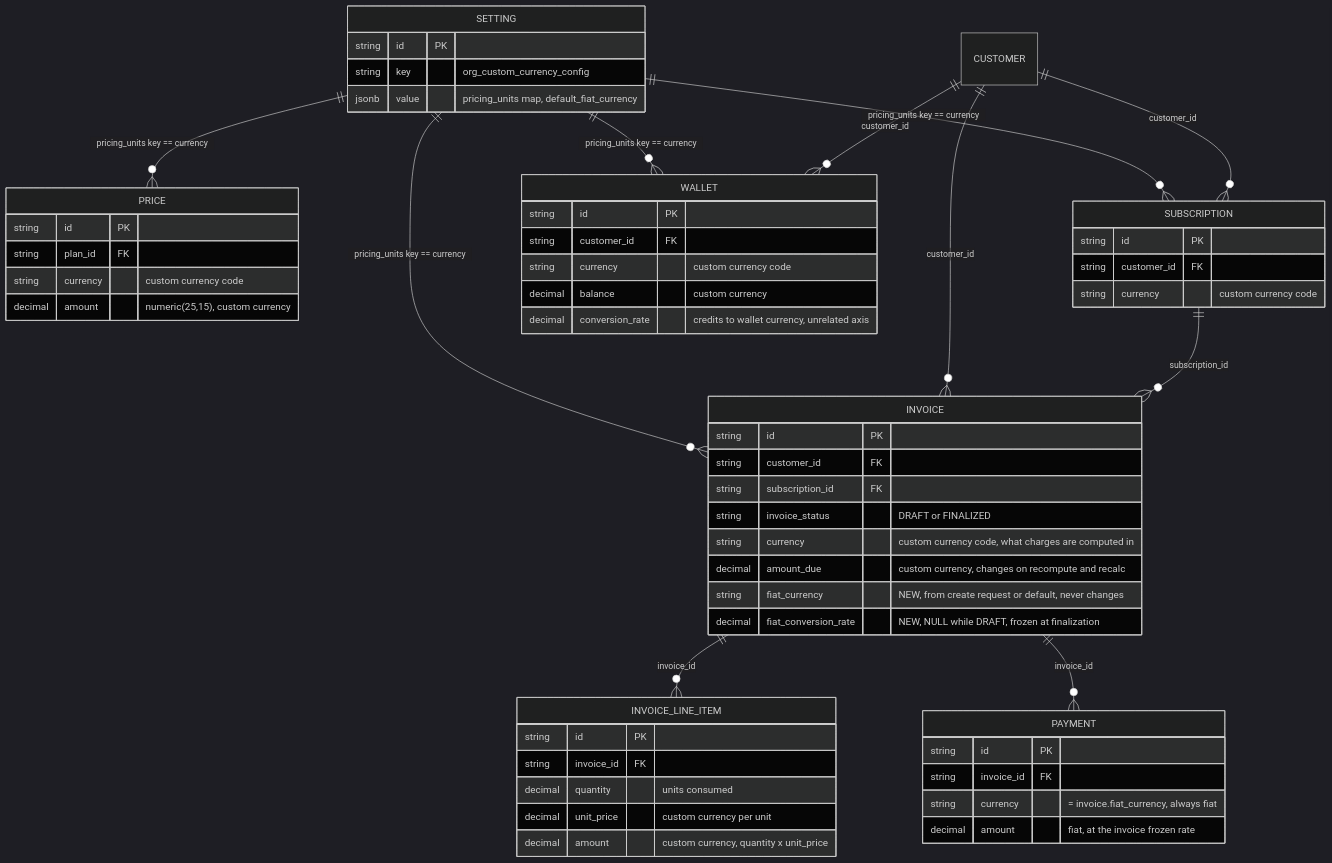
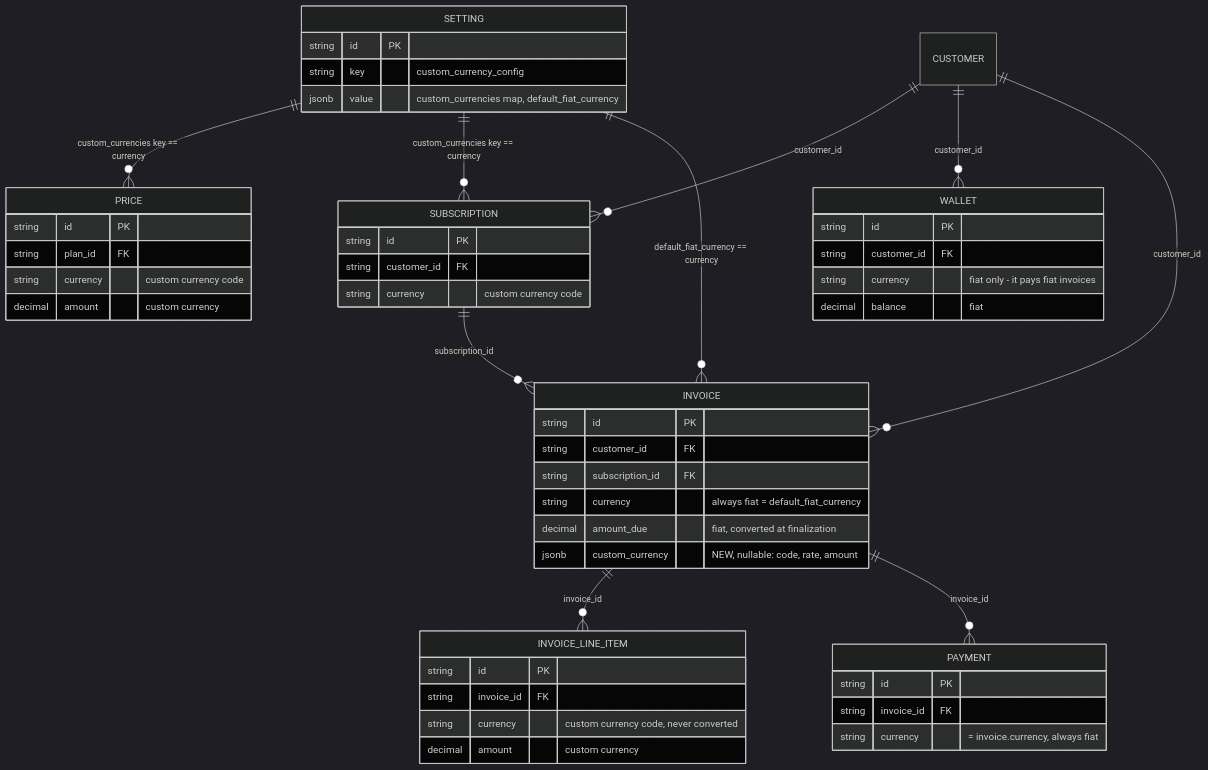
One commit to subratsahilgupta/flexprice changed the first of 3 diagrams in docs/design/2026-08-27-FLE-1201-custom-org-currency.md. Above: the diagram before and after it, drawn with Mermaid (dark theme). The commit also changed other lines of this file and 2 other files, not shown here.

Commit message:
feat(wallet): enforce rejection of custom currencies for wallet creation and update balance calculations to handle custom currency subscriptions

````diff
--- a/docs/design/2026-08-27-FLE-1201-custom-org-currency.md
+++ b/docs/design/2026-08-27-FLE-1201-custom-org-currency.md
@@ -269,60 +269,54 @@
 ```mermaid
 erDiagram
-    SETTING ||--o{ PRICE : "pricing_units key == currency"
-    SETTING ||--o{ SUBSCRIPTION : "pricing_units key == currency"
-    SETTING ||--o{ WALLET : "pricing_units key == currency"
-    SETTING ||--o{ INVOICE : "pricing_units key == currency"
+    SETTING ||--o{ PRICE : "custom_currencies key == currency"
+    SETTING ||--o{ SUBSCRIPTION : "custom_currencies key == currency"
+    SETTING ||--o{ INVOICE : "default_fiat_currency == currency"
     CUSTOMER ||--o{ SUBSCRIPTION : "customer_id"
     CUSTOMER ||--o{ WALLET : "customer_id"
     CUSTOMER ||--o{ INVOICE : "customer_id"
     SUBSCRIPTION ||--o{ INVOICE : "subscription_id"
     INVOICE ||--o{ INVOICE_LINE_ITEM : "invoice_id"
     INVOICE ||--o{ PAYMENT : "invoice_id"
 
     SETTING {
         string id PK
-        string key "org_custom_currency_config"
-        jsonb value "pricing_units map, default_fiat_currency"
+        string key "custom_currency_config"
+        jsonb value "custom_currencies map, default_fiat_currency"
     }
     PRICE {
         string id PK
         string plan_id FK
         string currency "custom currency code"
-        decimal amount "numeric(25,15), custom currency"
+        decimal amount "custom currency"
     }
     SUBSCRIPTION {
         string id PK
         string customer_id FK
         string currency "custom currency code"
     }
     WALLET {
         string id PK
         string customer_id FK
-        string currency "custom currency code"
-        decimal balance "custom currency"
-        decimal conversion_rate "credits to wallet currency, unrelated axis"
+        string currency "fiat only - it pays fiat invoices"
+        decimal balance "fiat"
     }
     INVOICE {
         string id PK
         string customer_id FK
         string subscription_id FK
-        string invoice_status "DRAFT or FINALIZED"
-        string currency "custom currency code, what charges are computed in"
-        decimal amount_due "custom currency, changes on recompute and recalc"
-        string fiat_currency "NEW, from create request or default, never changes"
-        decimal fiat_conversion_rate "NEW, NULL while DRAFT, frozen at finalization"
+        string currency "always fiat = default_fiat_currency"
+        decimal amount_due "fiat, converted at finalization"
+        jsonb custom_currency "NEW, nullable: code, rate, amount"
     }
     INVOICE_LINE_ITEM {
         string id PK
         string invoice_id FK
-        decimal quantity "units consumed"
-        decimal unit_price "custom currency per unit"
-        decimal amount "custom currency, quantity x unit_price"
+        string currency "custom currency code, never converted"
+        decimal amount "custom currency"
     }
     PAYMENT {
         string id PK
         string invoice_id FK
-        string currency "= invoice.fiat_currency, always fiat"
-        decimal amount "fiat, at the invoice frozen rate"
+        string currency "= invoice.currency, always fiat"
     }
 ```
````
